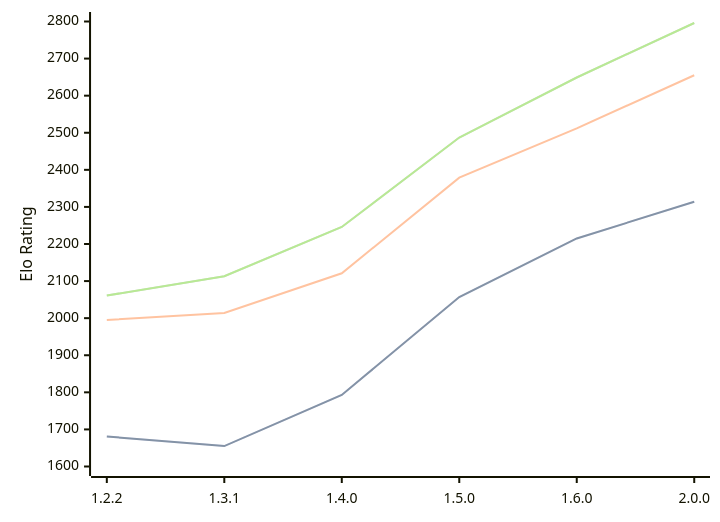
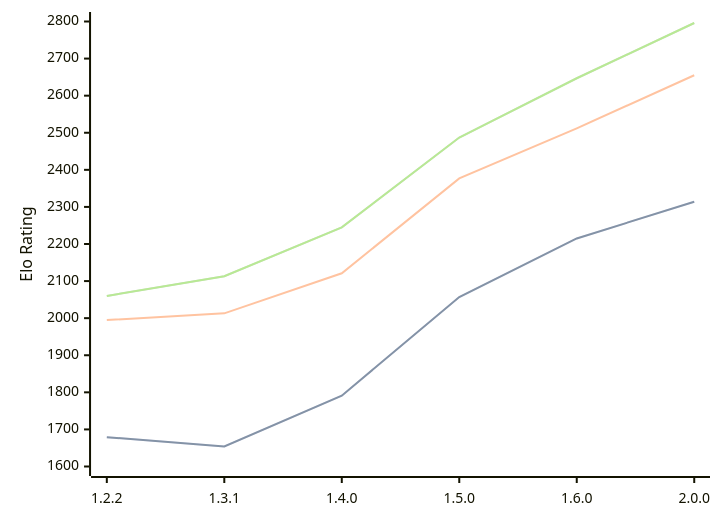
Before and after one commit to computer-chess-index/cci: the diagram in engines/SoloEngine.md, drawn with Mermaid. The commit also changed other lines of this file, not shown here.

Commit message:
Update CCI Ratings (ELO VLTC) - 2026-04-21

````diff
--- a/engines/SoloEngine.md
+++ b/engines/SoloEngine.md
@@ -37,11 +37,11 @@
 ```mermaid
 %%{init: {"theme":"base","themeVariables":{"seriesColors:['#a3a3a3','#222221','#faa371']}}}%%
 xychart-beta
   x-axis ["1.2.2", "1.3.1", "1.4.0", "1.5.0", "1.6.0", "2.0.0"]
   y-axis "Elo Rating" 1600 --> 2800
-  line "STC (8.0+0.08s)" [1681, 1655, 1793, 2057, 2215, 2314]
-  line "STC (8.0+0.08s)" [1681, 1655, 1793, 2057, 2215, 2314]
-  line "LTC (60.0+0.60s)" [1995, 2014, 2121, 2379, 2512, 2655]
-  line "VLTC (2m24s+1.12s)" [2061, 2113, 2246, 2487, 2649, 2796]
-  line "VLTC (2m24s+1.12s)" [2061, 2113, 2246, 2487, 2649, 2796]
+  line "STC (8.0+0.08s)" [1679, 1654, 1791, 2057, 2215, 2314]
+  line "STC (8.0+0.08s)" [1679, 1654, 1791, 2057, 2215, 2314]
+  line "LTC (60.0+0.60s)" [1995, 2013, 2121, 2377, 2512, 2655]
+  line "VLTC (2m24s+1.12s)" [2060, 2113, 2245, 2487, 2647, 2796]
+  line "VLTC (2m24s+1.12s)" [2060, 2113, 2245, 2487, 2647, 2796]
 ```
````
